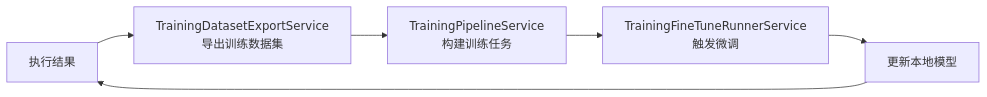
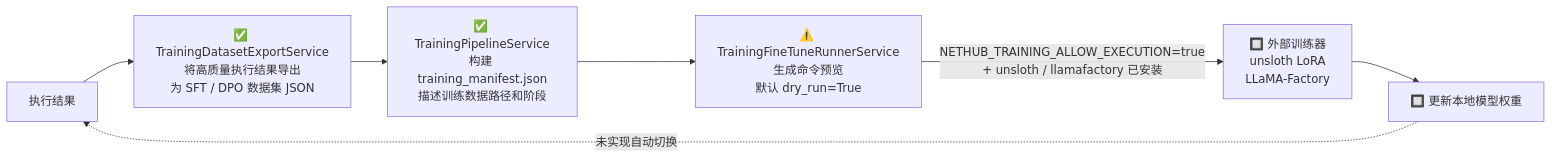
One commit to Azrael198202/nesthub changed the seventh of 8 diagrams in docs/01_architecture/overview.md. Above: the diagram before and after it, drawn with Mermaid. The commit also changed other lines of this file and 1 other file, not shown here.

````diff
--- a/docs/01_architecture/overview.md
+++ b/docs/01_architecture/overview.md
@@ -432,8 +432,9 @@
 ```mermaid
 graph LR
-    Exec[执行结果] --> Export[TrainingDatasetExportService\n导出训练数据集]
-    Export --> Pipeline[TrainingPipelineService\n构建训练任务]
-    Pipeline --> FineTune[TrainingFineTuneRunnerService\n触发微调]
-    FineTune --> Model[更新本地模型]
-    Model --> Exec
+    Exec[执行结果] --> Export["✅ TrainingDatasetExportService\n将高质量执行结果导出\n为 SFT / DPO 数据集 JSON"]
+    Export --> Pipeline["✅ TrainingPipelineService\n构建 training_manifest.json\n描述训练数据路径和阶段"]
+    Pipeline --> Runner["⚠️ TrainingFineTuneRunnerService\n生成命令预览\n默认 dry_run=True"]
+    Runner -->|"NETHUB_TRAINING_ALLOW_EXECUTION=true\n+ unsloth / llamafactory 已安装"| Exec2["🔲 外部训练器\nunsloth LoRA\nLLaMA-Factory"]
+    Exec2 --> Model["🔲 更新本地模型权重"]
+    Model -.->|未实现自动切换| Exec
 ```
````
